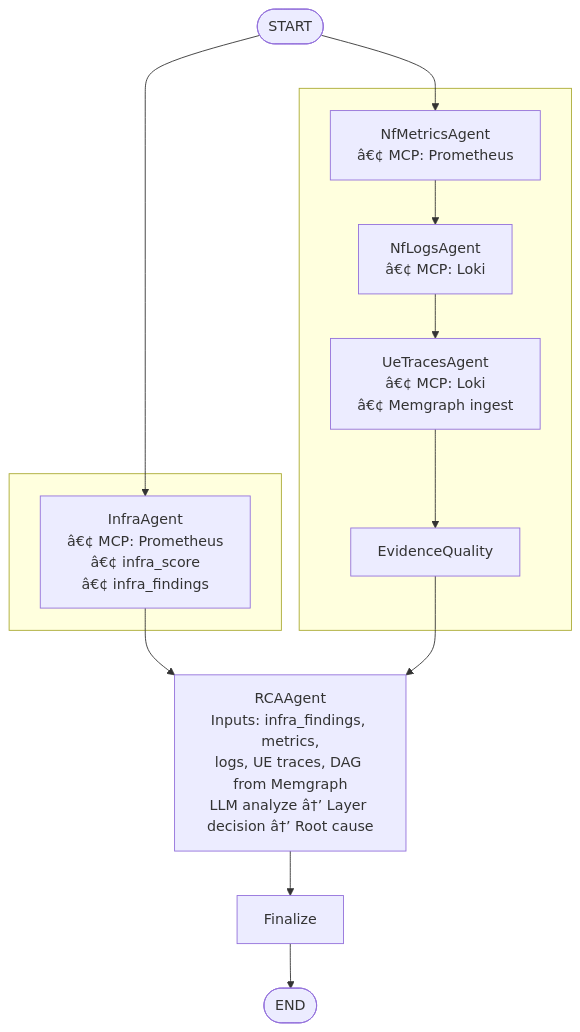
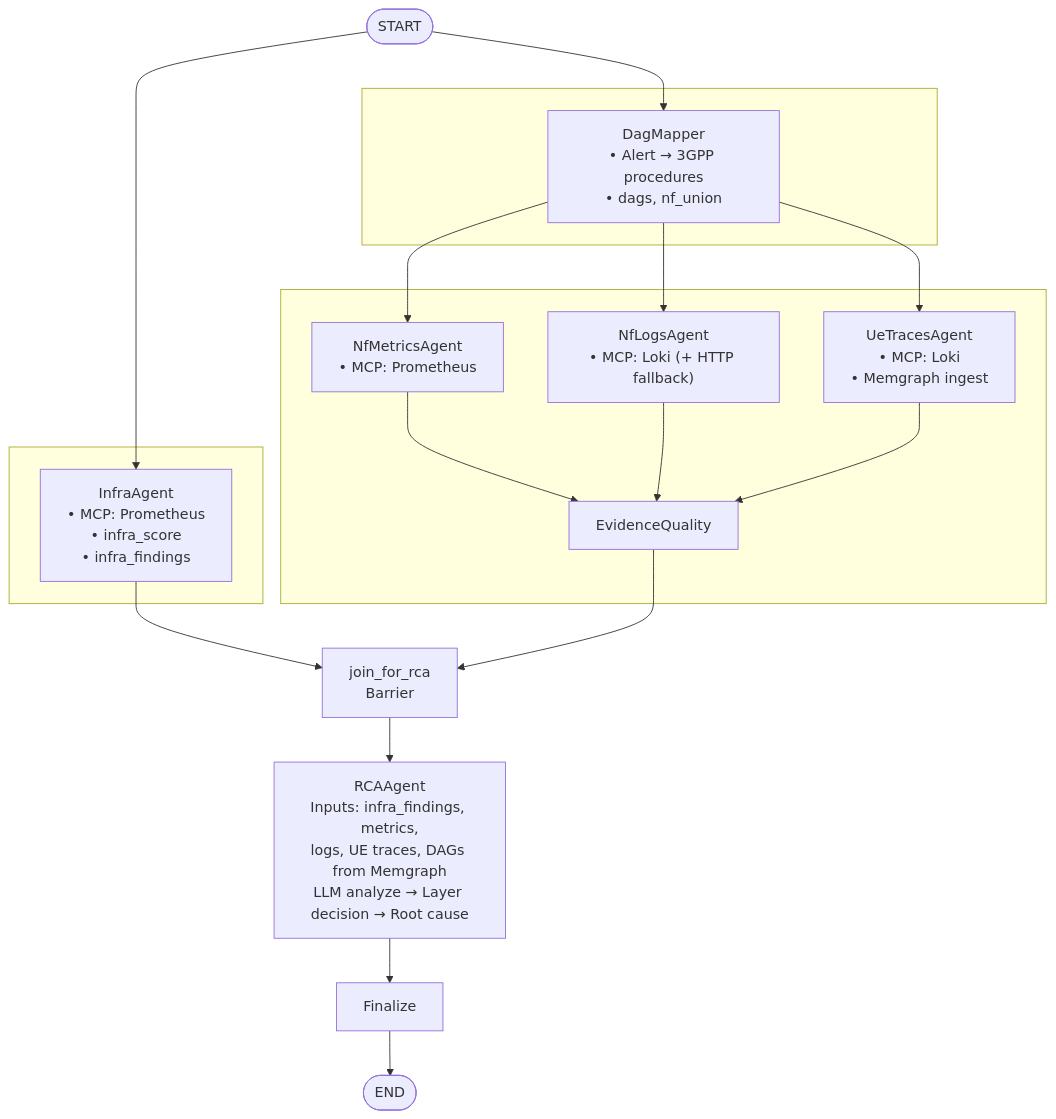
One commit to skapoula/5g-triage-agent changed the second of 2 diagrams in docs/triageagent_architecture_design2.md. Above: the diagram before and after it, drawn with Mermaid. The commit also changed other lines of this file and 2 other files, not shown here.

Commit message:
docs: update diagrams and architecture doc to reflect parallel fan-out, DagMapper, join_for_rca, and corrected state field names

````diff
--- a/docs/triageagent_architecture_design2.md
+++ b/docs/triageagent_architecture_design2.md
@@ -252,23 +257,34 @@
 ```mermaid
 flowchart TD
-    START(["START"]) --> INFRA & M
+    START(["START"]) --> INFRA & DAG
 
     subgraph left [" "]
-        INFRA["InfraAgent<br/>â€¢ MCP: Prometheus<br/>â€¢ infra_score<br/>â€¢ infra_findings"]
+        INFRA["InfraAgent<br/>• MCP: Prometheus<br/>• infra_score<br/>• infra_findings"]
+    end
+
+    subgraph middle [" "]
+        DAG["DagMapper<br/>• Alert → 3GPP procedures<br/>• dags, nf_union"]
     end
 
     subgraph right [" "]
-        M["NfMetricsAgent<br/>â€¢ MCP: Prometheus"]
-        M --> L["NfLogsAgent<br/>â€¢ MCP: Loki"]
-        L --> U["UeTracesAgent<br/>â€¢ MCP: Loki<br/>â€¢ Memgraph ingest"]
-        U --> EQ["EvidenceQuality"]
+        M["NfMetricsAgent<br/>• MCP: Prometheus"]
+        L["NfLogsAgent<br/>• MCP: Loki (+ HTTP fallback)"]
+        U["UeTracesAgent<br/>• MCP: Loki<br/>• Memgraph ingest"]
+        EQ["EvidenceQuality"]
+        M --> EQ
+        L --> EQ
+        U --> EQ
     end
 
-    INFRA --> RCA
-    EQ --> RCA
+    DAG --> M
+    DAG --> L
+    DAG --> U
 
-    RCA["RCAAgent<br/>Inputs: infra_findings, metrics,<br/>logs, UE traces, DAG from Memgraph<br/>LLM analyze â†’ Layer decision â†’ Root cause"]
+    INFRA --> JOIN["join_for_rca<br/>Barrier"]
+    EQ --> JOIN
+
+    JOIN --> RCA["RCAAgent<br/>Inputs: infra_findings, metrics,<br/>logs, UE traces, DAGs from Memgraph<br/>LLM analyze → Layer decision → Root cause"]
 
     RCA --> FIN["Finalize"]
     FIN --> END_NODE(["END"])
 ```
````
